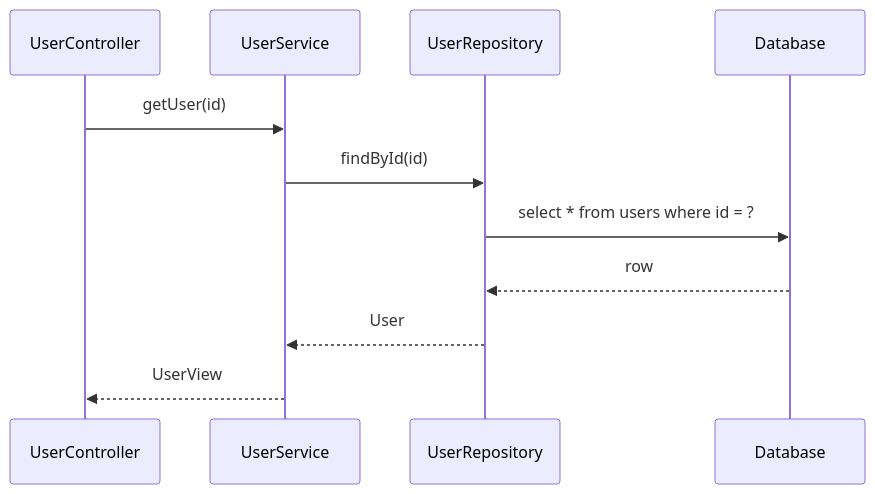
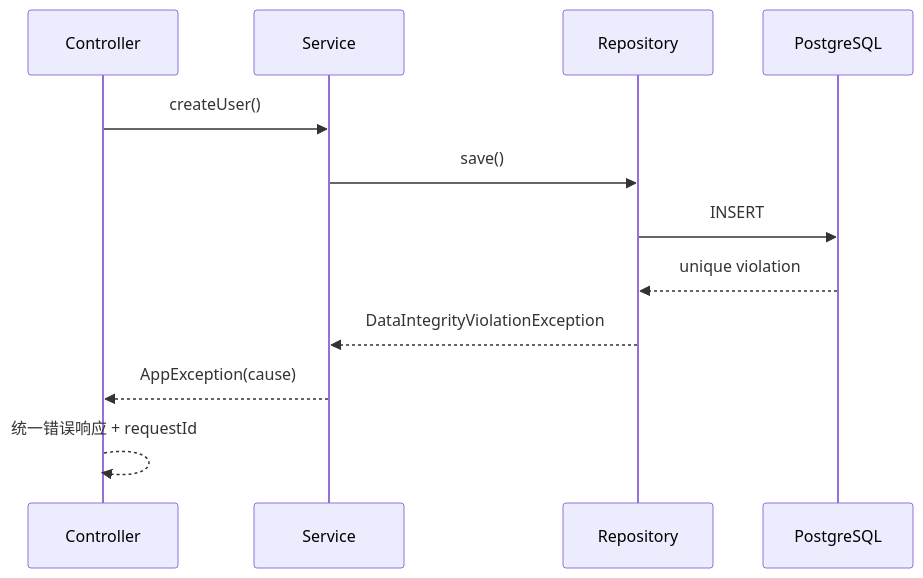
Before and after one commit to yokry-he/yok-study-web: the tenth of 29 diagrams in docs/java/visual-guide.md, drawn with Mermaid. The commit also changed other lines of this file and 277 other files, not shown here.

````diff
--- a/docs/java/visual-guide.md
+++ b/docs/java/visual-guide.md
@@ -81,14 +275,14 @@
 ```mermaid
 sequenceDiagram
-  participant C as UserController
-  participant S as UserService
-  participant R as UserRepository
-  participant D as Database
-
-  C->>S: getUser(id)
-  S->>R: findById(id)
-  R->>D: select * from users where id = ?
-  D-->>R: row
-  R-->>S: User
-  S-->>C: UserView
+  participant C as Controller
+  participant S as Service
+  participant R as Repository
+  participant DB as PostgreSQL
+  C->>S: createUser()
+  S->>R: save()
+  R->>DB: INSERT
+  DB-->>R: unique violation
+  R-->>S: DataIntegrityViolationException
+  S-->>C: AppException(cause)
+  C-->>C: 统一错误响应 + requestId
 ```
````
